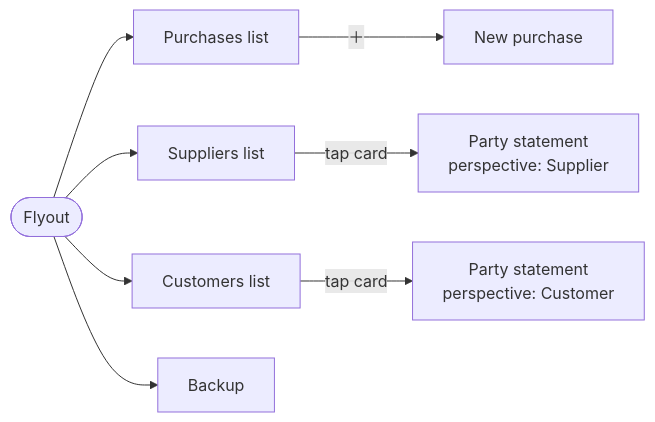
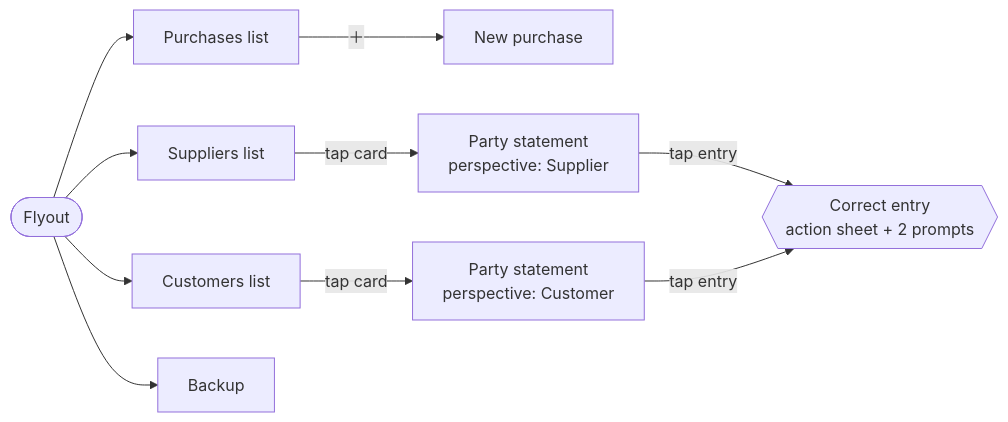
The diagram in docs/05-modules.md (Khair69/OAB), drawn with Mermaid before and after one commit. The commit also changed other lines of this file and 19 other files, not shown here.

Commit message:
Add correction flow: fix a wrong ledger entry without editing history

````diff
--- a/docs/05-modules.md
+++ b/docs/05-modules.md
@@ -24,10 +24,12 @@
 ```mermaid
 graph LR
     F([Flyout]) --> PL[Purchases list]
     F --> SL[Suppliers list]
     F --> CL[Customers list]
     F --> BK[Backup]
     PL -- "＋" --> NP[New purchase]
     SL -- "tap card" --> ST[Party statement<br/>perspective: Supplier]
     CL -- "tap card" --> ST2[Party statement<br/>perspective: Customer]
+    ST -- "tap entry" --> CO{{Correct entry<br/>action sheet + 2 prompts}}
+    ST2 -- "tap entry" --> CO
 ```
````
